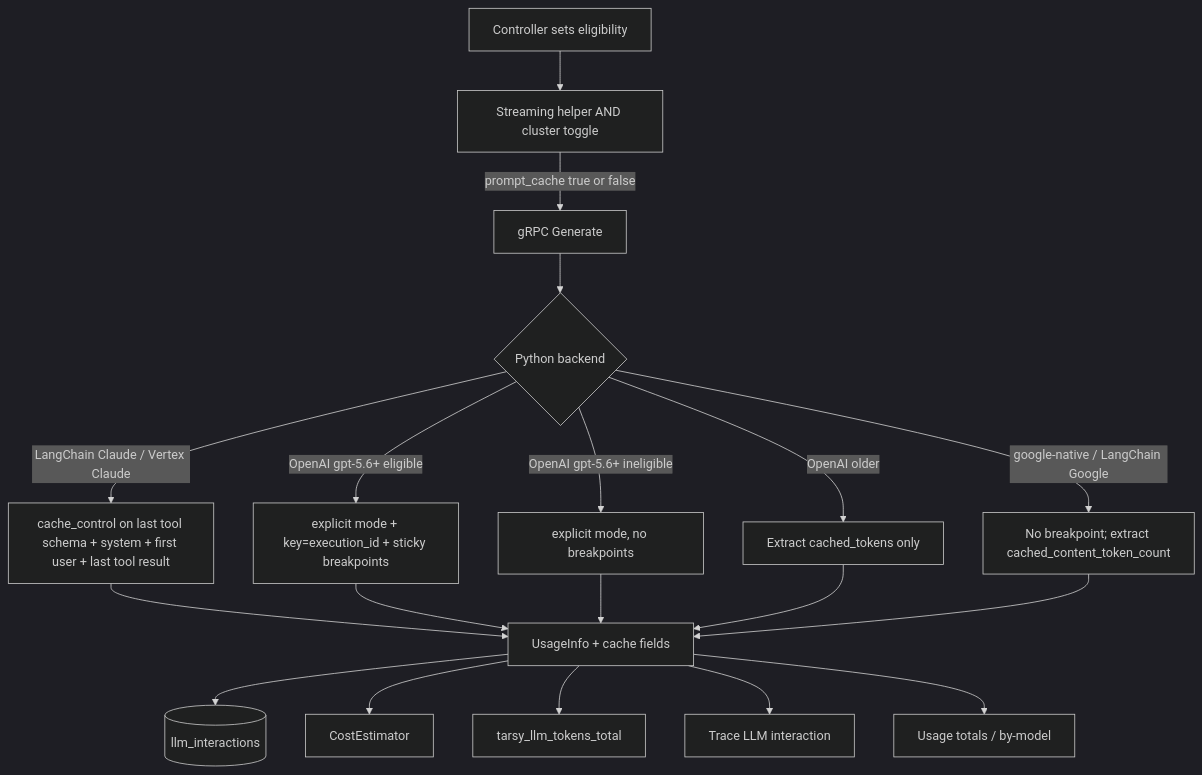
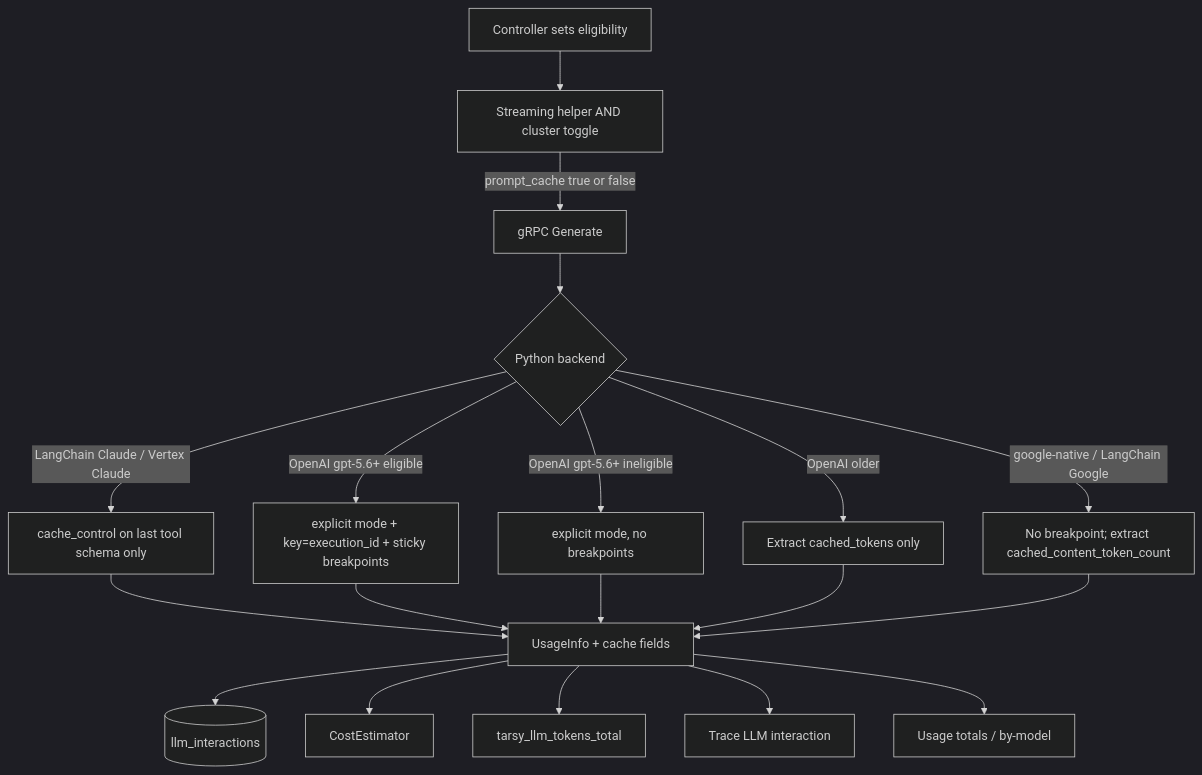
Before and after one commit to codeready-toolchain/tarsy: the diagram in docs/adr/0026-prompt-caching.md, drawn with Mermaid (dark theme). The commit also changed other lines of this file and 2 other files, not shown here.

First line of the commit message:
fix: cache Claude looping calls via tool schema only

````diff
--- a/docs/adr/0026-prompt-caching.md
+++ b/docs/adr/0026-prompt-caching.md
@@ -85,23 +85,23 @@
 ```mermaid
 flowchart TD
   ctrl[Controller sets eligibility]
   toggle[Streaming helper AND cluster toggle]
   ctrl --> toggle
   toggle -->|prompt_cache true or false| grpc[gRPC Generate]
   grpc --> py{Python backend}
-  py -->|LangChain Claude / Vertex Claude| claude[cache_control on last tool schema + system + first user + last tool result]
+  py -->|LangChain Claude / Vertex Claude| claude[cache_control on last tool schema only]
   py -->|OpenAI gpt-5.6+ eligible| oai[explicit mode + key=execution_id + sticky breakpoints]
   py -->|OpenAI gpt-5.6+ ineligible| oaiOff[explicit mode, no breakpoints]
   py -->|OpenAI older| oaiOld[Extract cached_tokens only]
   py -->|google-native / LangChain Google| gemini[No breakpoint; extract cached_content_token_count]
   claude --> usage[UsageInfo + cache fields]
   oai --> usage
   oaiOff --> usage
   oaiOld --> usage
   gemini --> usage
   usage --> db[(llm_interactions)]
   usage --> cost[CostEstimator]
   usage --> metrics[tarsy_llm_tokens_total]
   usage --> trace[Trace LLM interaction]
   usage --> usagePage[Usage totals / by-model]
 ```
````
